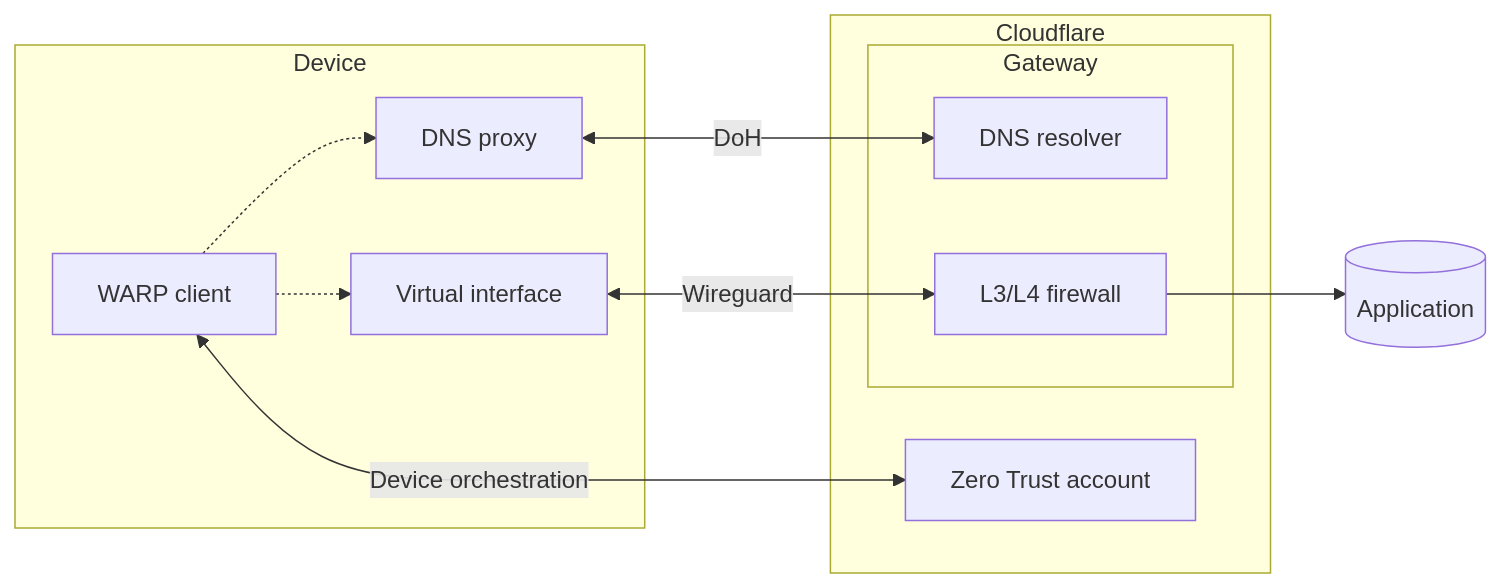
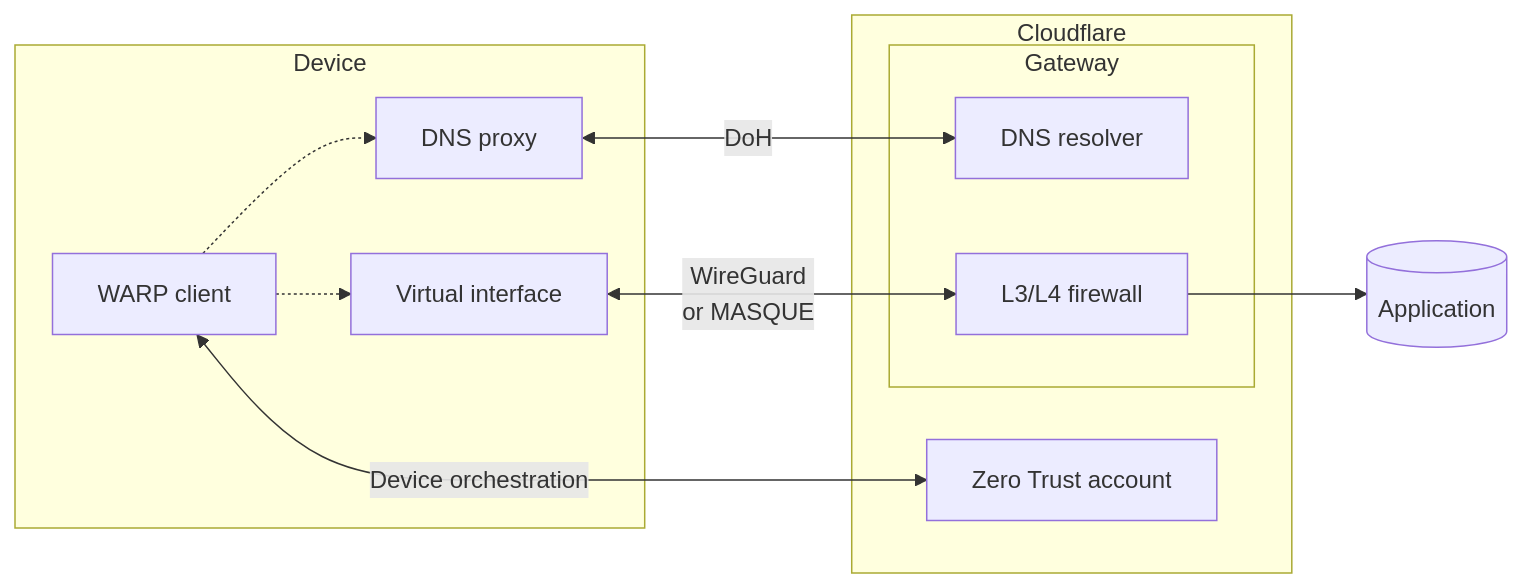
Before and after one commit to cloudflare/cloudflare-docs: the first of 3 diagrams in content/cloudflare-one/connections/connect-devices/warp/configure-warp/route-traffic/warp-architecture.md, drawn with Mermaid. The commit also changed other lines of this file, not shown here.

Commit message:
add MASQUE to WARP architecture

````diff
--- a/content/cloudflare-one/connections/connect-devices/warp/configure-warp/route-traffic/warp-architecture.md
+++ b/content/cloudflare-one/connections/connect-devices/warp/configure-warp/route-traffic/warp-architecture.md
@@ -23,19 +23,19 @@
 ```mermaid
 flowchart LR
 subgraph Device
 W[WARP client] -.-> D
 D[DNS proxy]
 W -.-> V[Virtual interface]
 end
 subgraph Cloudflare
 A[Zero Trust account]
 subgraph Gateway
 G[DNS resolver]
 N[L3/L4 firewall]
 end
 end
 W<--Device orchestration-->A
 D<--DoH-->G
-V<--Wireguard-->N
+V<--WireGuard </br> or MASQUE-->N
 N --> O[(Application)]
 ```
````
